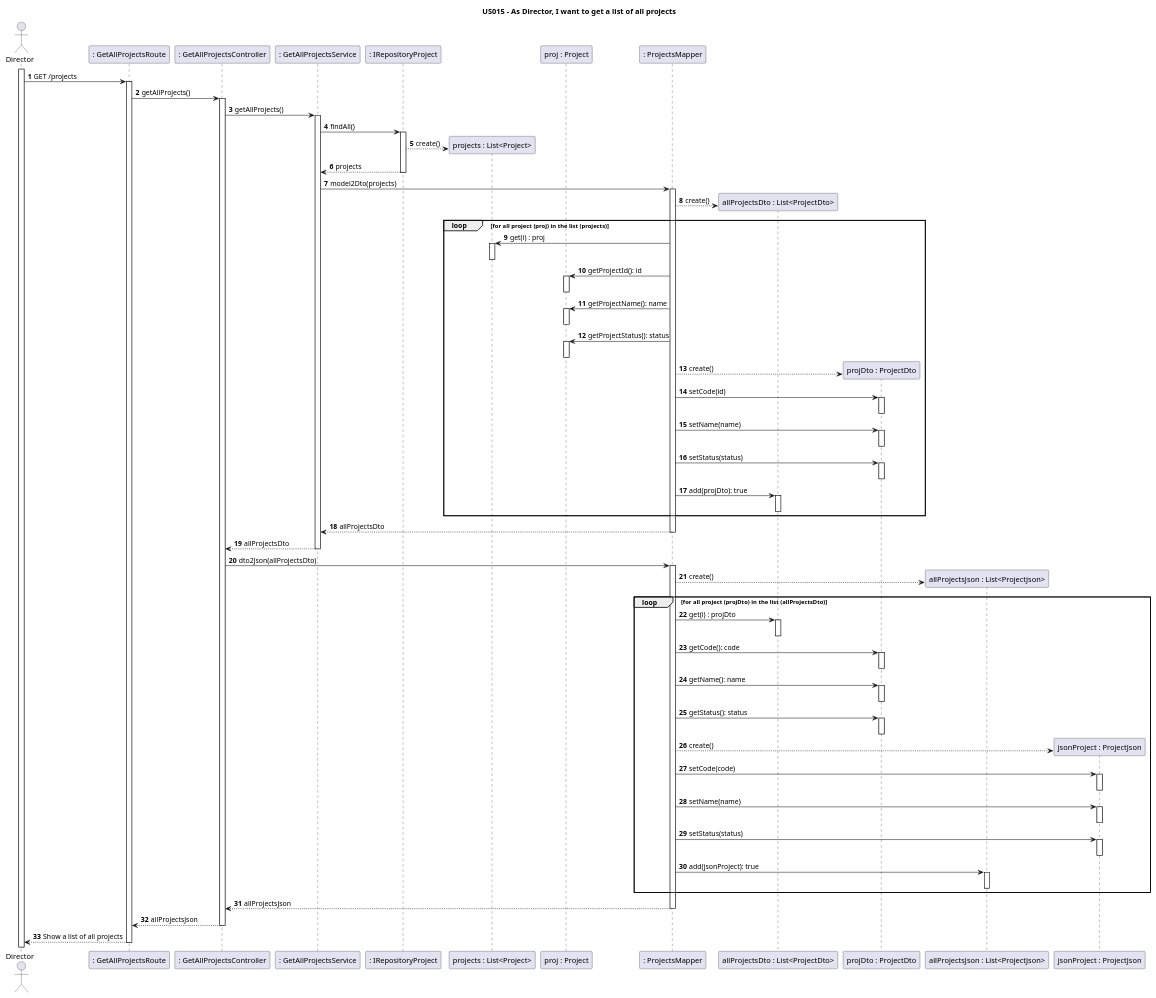
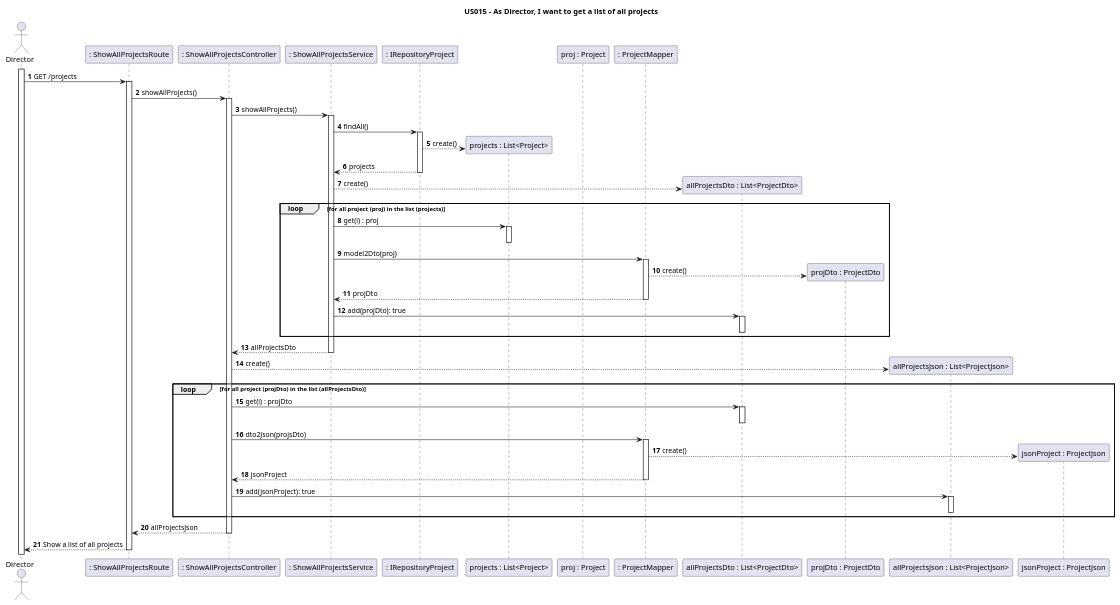
Before and after one commit to nunogon1211787/projectManagement: the diagram in docs/Sprint2/US015/US015-SD.puml, drawn with PlantUML. The commit also changed 164 other files, not shown here.

Commit message:
US015: Implementation: redo code with new diagrams to a DDD/Onion Architecture/Restful API project. Resolve #148

```diff
--- a/docs/Sprint2/US015/US015-SD.puml
+++ b/docs/Sprint2/US015/US015-SD.puml
@@ -1,115 +1,79 @@
 @startuml
 'https://plantuml.com/sequence-diagram
 
 title US015 - As Director, I want to get a list of all projects
 
 autonumber
 
 actor Director as actor
-participant ": GetAllProjectsRoute" as Route
-participant ": GetAllProjectsController" as Ctrl
-participant ": GetAllProjectsService" as Srv
+participant ": ShowAllProjectsRoute" as Route
+participant ": ShowAllProjectsController" as Ctrl
+participant ": ShowAllProjectsService" as Srv
 participant ": IRepositoryProject" as store
 participant "projects : List<Project>" as list
 participant "proj : Project" as proj
-participant ": ProjectsMapper" as map
+participant ": ProjectMapper" as map
 participant "allProjectsDto : List<ProjectDto>" as listDto
 participant "projDto : ProjectDto" as dto
 participant "allProjectsJson : List<ProjectJson>" as listJson
 participant "jsonProject : ProjectJson" as json
 
 activate actor
 autoactivate on
 
 actor -> Route: GET /projects
 
-Route -> Ctrl: getAllProjects()
+Route -> Ctrl: showAllProjects()
 
-Ctrl -> Srv: getAllProjects()
+Ctrl -> Srv: showAllProjects()
 
 Srv -> store: findAll()
 
 store --> list**: create()
 
 store --> Srv: projects
 
-Srv -> map: model2Dto(projects)
-
-map --> listDto**: create()
+Srv --> listDto**: create()
 
 loop for all project (proj) in the list (projects)
 
-map -> list: get(i) : proj
+Srv -> list: get(i) : proj
 deactivate
 
-map -> proj: getProjectId(): id
-deactivate
-
-map -> proj: getProjectName(): name
-deactivate
-
-map -> proj: getProjectStatus(): status
-deactivate
+Srv -> map: model2Dto(proj)
 
 map --> dto**: create()
 
-map -> dto: setCode(id)
-deactivate
+map --> Srv : projDto
 
-map -> dto: setName(name)
-deactivate
-
-map -> dto: setStatus(status)
-deactivate
-
-map -> listDto: add(projDto): true
+Srv -> listDto: add(projDto): true
 deactivate
 
 end
 
-map --> Srv: allProjectsDto
-
 Srv --> Ctrl: allProjectsDto
 
-Ctrl -> map: dto2Json(allProjectsDto)
-
-map --> listJson**: create()
+Ctrl --> listJson**: create()
 
 loop for all project (projDto) in the list (allProjectsDto)
 
-map -> listDto: get(i) : projDto
+Ctrl -> listDto: get(i) : projDto
 deactivate
 
-map -> dto: getCode(): code
-deactivate
-
-map -> dto: getName(): name
-deactivate
-
-map -> dto: getStatus(): status
-deactivate
+Ctrl -> map: dto2Json(projsDto)
 
 map --> json**: create()
 
-map -> json: setCode(code)
-deactivate
+map --> Ctrl : jsonProject
 
-map -> json: setName(name)
-deactivate
-
-map -> json: setStatus(status)
-deactivate
-
-map -> listJson: add(jsonProject): true
+Ctrl -> listJson: add(jsonProject): true
 deactivate
 
 end
-
-map --> Ctrl : allProjectsJson
 
 Ctrl --> Route: allProjectsJson
 
 Route --> actor: Show a list of all projects
 
 
 @enduml
```
